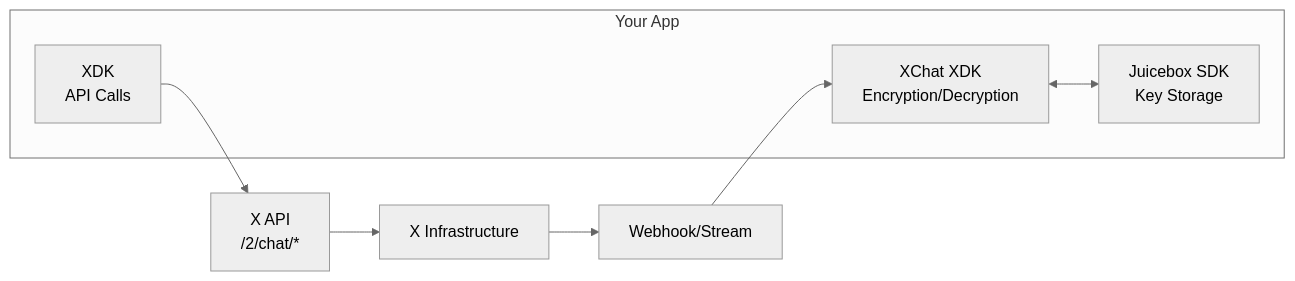
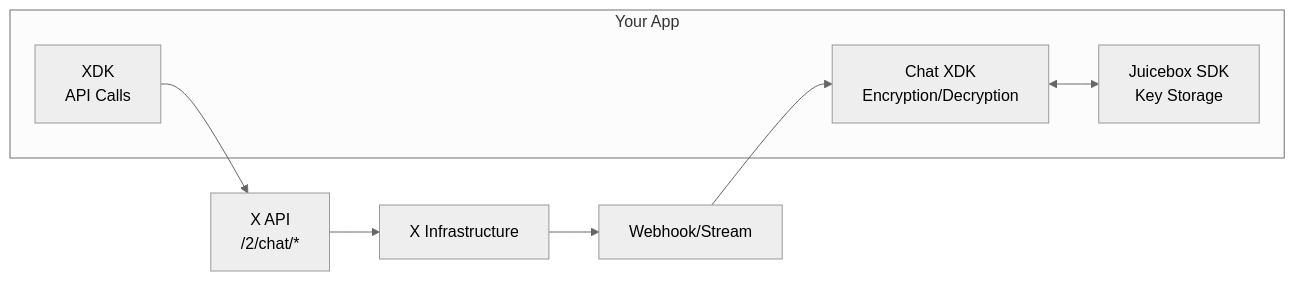
One commit to xdevplatform/docs changed the diagram in xchat/introduction.mdx. Above: the diagram before and after it, drawn with Mermaid (neutral theme). The commit also changed other lines of this file and 10 other files, not shown here.

First line of the commit message:
Rename XChat to Chat throughout documentation

````diff
--- a/xchat/introduction.mdx
+++ b/xchat/introduction.mdx
@@ -47,15 +47,15 @@
 ```mermaid
 flowchart LR
     subgraph Your App
-        A[XChat XDK<br/>Encryption/Decryption]
+        A[Chat XDK<br/>Encryption/Decryption]
         B[Juicebox SDK<br/>Key Storage]
         C[XDK<br/>API Calls]
     end
     
     A <--> B
     C --> D[X API<br/>/2/chat/*]
     D --> E[X Infrastructure]
     
     E --> F[Webhook/Stream]
     F --> A
 ```
````
